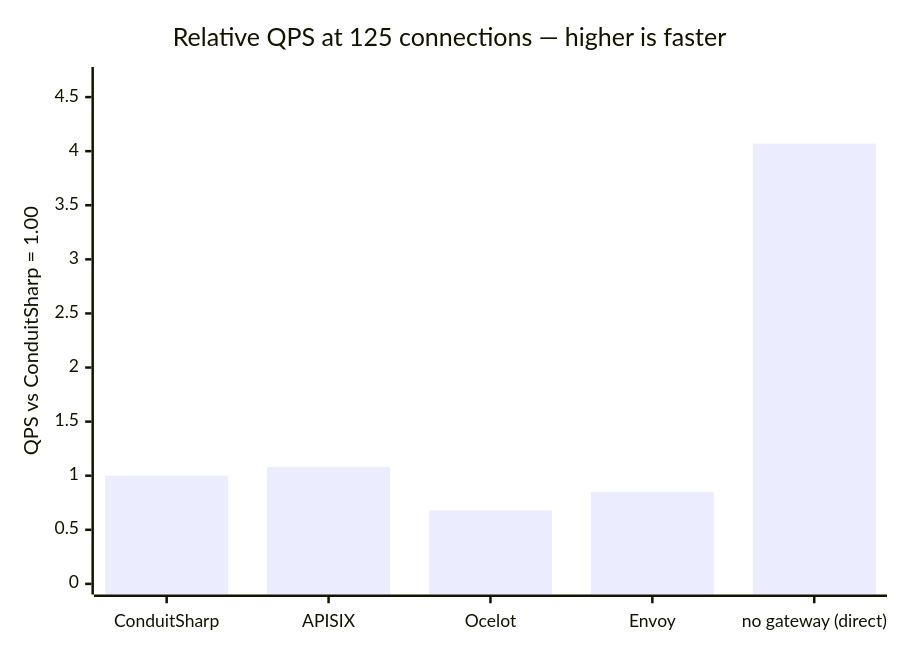
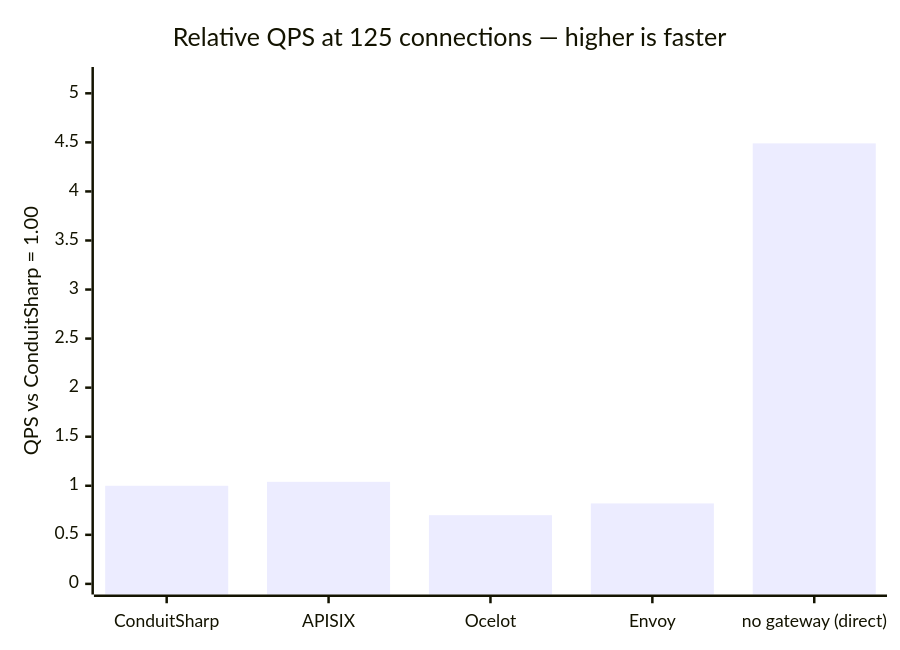
One commit to liqngliz/ConduitSharp changed the first of 9 diagrams in README.md. Above: the diagram before and after it, drawn with Mermaid. The commit also changed other lines of this file and 65 other files, not shown here.

````diff
--- a/README.md
+++ b/README.md
@@ -357,7 +302,7 @@
 ```mermaid
 xychart-beta
     title "Relative QPS at 125 connections — higher is faster"
     x-axis ["ConduitSharp", "APISIX", "Ocelot", "Envoy", "no gateway (direct)"]
-    y-axis "QPS vs ConduitSharp = 1.00" 0 --> 4.68
-    bar [1.00, 1.08, 0.68, 0.85, 4.07]
+    y-axis "QPS vs ConduitSharp = 1.00" 0 --> 5.16
+    bar [1.00, 1.04, 0.70, 0.82, 4.49]
 ```
````
